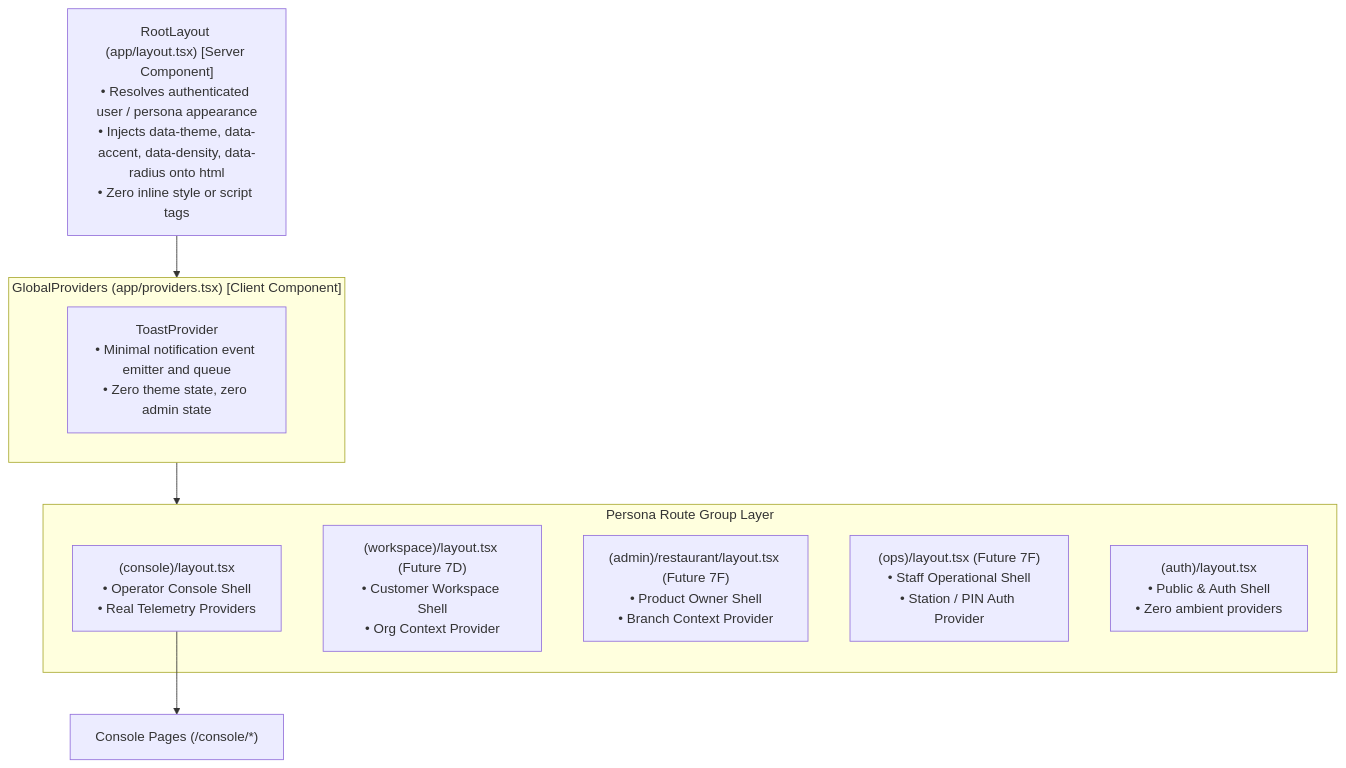
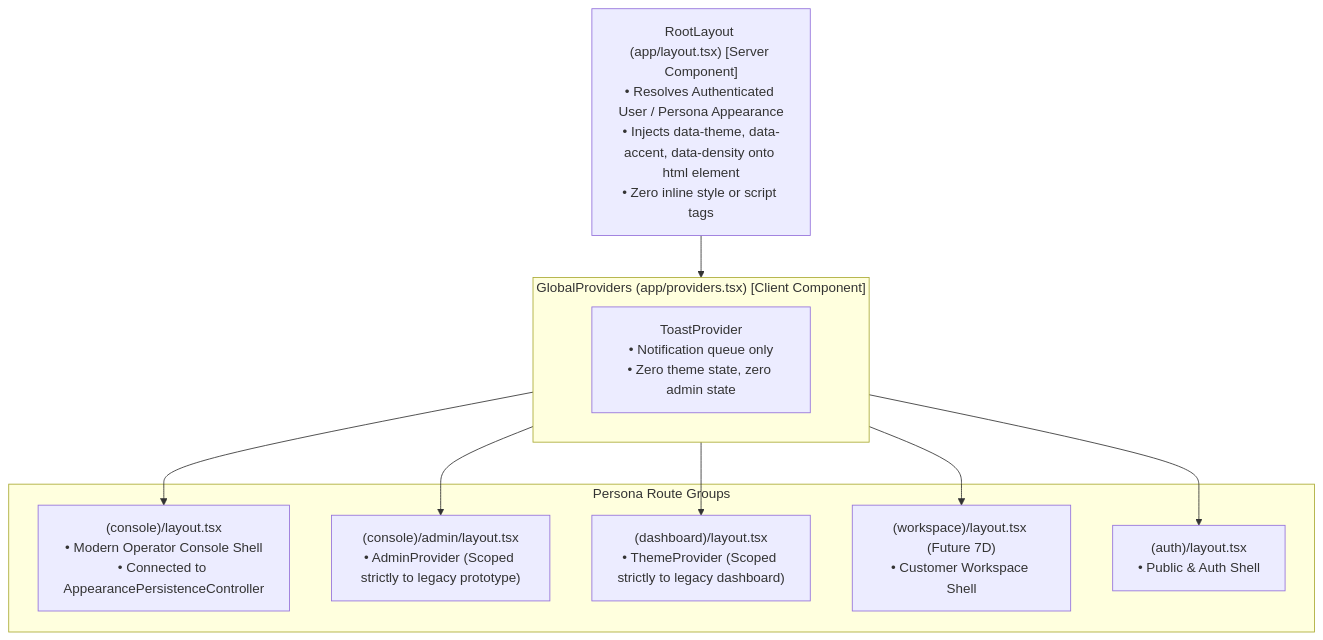
Before and after one commit to Nikhil-ig/OrbitoX-Platform: the third of 4 diagrams in docs/ui-reset/05_PHASE_7B2_THEME_TOKENS_AND_PERSONA_SHELLS.md, drawn with Mermaid. The commit also changed other lines of this file and 1 other file, not shown here.

Commit message:
docs(7B.2): establish revised theme token and persona shell architecture blueprint

````diff
--- a/docs/ui-reset/05_PHASE_7B2_THEME_TOKENS_AND_PERSONA_SHELLS.md
+++ b/docs/ui-reset/05_PHASE_7B2_THEME_TOKENS_AND_PERSONA_SHELLS.md
@@ -219,20 +219,23 @@
 ```mermaid
 graph TD
-  Root["RootLayout (app/layout.tsx) [Server Component]<br>• Resolves authenticated user / persona appearance<br>• Injects data-theme, data-accent, data-density, data-radius onto html<br>• Zero inline style or script tags"]
+  Root["RootLayout (app/layout.tsx) [Server Component]<br>• Resolves Authenticated User / Persona Appearance<br>• Injects data-theme, data-accent, data-density onto html element<br>• Zero inline style or script tags"]
 
-  subgraph LeanGlobal["GlobalProviders (app/providers.tsx) [Client Component]"]
-    Toast["ToastProvider<br>• Minimal notification event emitter and queue<br>• Zero theme state, zero admin state"]
+  subgraph Global["GlobalProviders (app/providers.tsx) [Client Component]"]
+    Toast["ToastProvider<br>• Notification queue only<br>• Zero theme state, zero admin state"]
   end
 
-  subgraph PersonaSelection["Persona Route Group Layer"]
-    ConsoleShell["(console)/layout.tsx<br>• Operator Console Shell<br>• Real Telemetry Providers"]
-    CustomerShell["(workspace)/layout.tsx (Future 7D)<br>• Customer Workspace Shell<br>• Org Context Provider"]
-    OwnerShell["(admin)/restaurant/layout.tsx (Future 7F)<br>• Product Owner Shell<br>• Branch Context Provider"]
-    StaffShell["(ops)/layout.tsx (Future 7F)<br>• Staff Operational Shell<br>• Station / PIN Auth Provider"]
-    PublicShell["(auth)/layout.tsx<br>• Public & Auth Shell<br>• Zero ambient providers"]
+  subgraph PersonaGroups["Persona Route Groups"]
+    Console["(console)/layout.tsx<br>• Modern Operator Console Shell<br>• Connected to AppearancePersistenceController"]
+    LegacyAdmin["(console)/admin/layout.tsx<br>• AdminProvider (Scoped strictly to legacy prototype)"]
+    LegacyDashboard["(dashboard)/layout.tsx<br>• ThemeProvider (Scoped strictly to legacy dashboard)"]
+    Customer["(workspace)/layout.tsx (Future 7D)<br>• Customer Workspace Shell"]
+    Public["(auth)/layout.tsx<br>• Public & Auth Shell"]
   end
 
-  Root --> LeanGlobal
-  LeanGlobal --> PersonaSelection
-  ConsoleShell --> ConsolePage["Console Pages (/console/*)"]
+  Root --> Global
+  Global --> Console
+  Global --> LegacyAdmin
+  Global --> LegacyDashboard
+  Global --> Customer
+  Global --> Public
 ```
````
